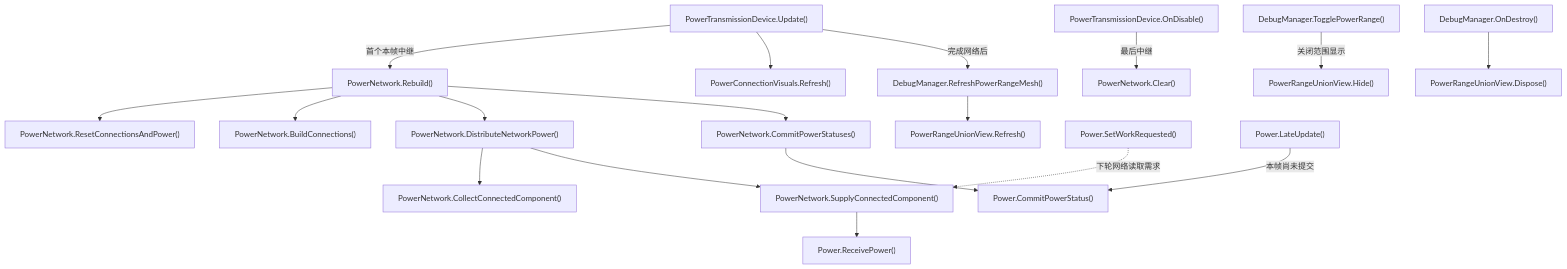
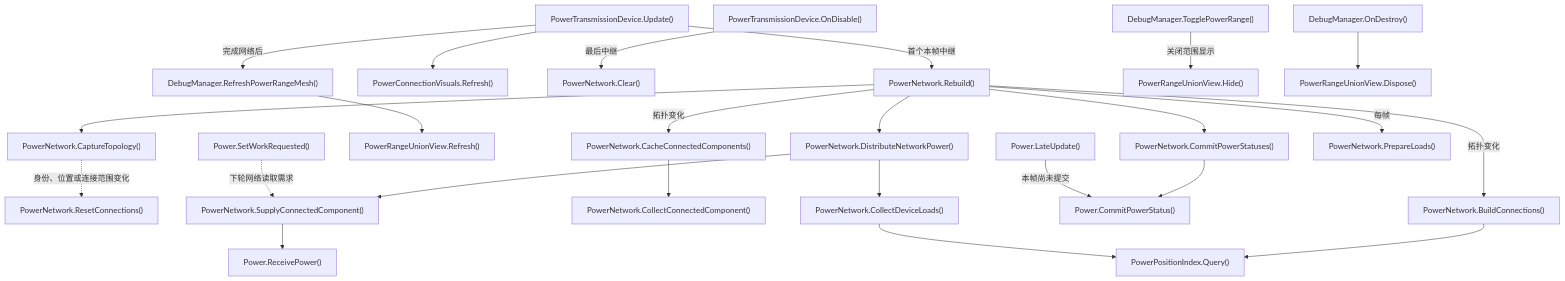
One commit to kukudia/HY-Sandbox changed the fifth of 10 diagrams in Docs/RuntimeFlow.md. Above: the diagram before and after it, drawn with Mermaid. The commit also changed other lines of this file and 31 other files, not shown here.

````diff
--- a/Docs/RuntimeFlow.md
+++ b/Docs/RuntimeFlow.md
@@ -374,62 +374,78 @@
 ```mermaid
 flowchart TD
     A["PowerTransmissionDevice.Update()"]
     click A "../Assets/Scripts/Features/Power/PowerTransmissionDevice.cs#L61" "打开源码"
     B["PowerNetwork.Rebuild()"]
-    click B "../Assets/Scripts/Features/Power/PowerNetwork.cs#L21" "打开源码"
-    C["PowerNetwork.ResetConnectionsAndPower()"]
-    click C "../Assets/Scripts/Features/Power/PowerNetwork.cs#L88" "打开源码"
+    click B "../Assets/Scripts/Features/Power/PowerNetwork.cs#L50" "打开源码"
+    C["PowerNetwork.ResetConnections()"]
+    click C "../Assets/Scripts/Features/Power/PowerNetwork.cs#L134" "打开源码"
     D["PowerNetwork.BuildConnections()"]
-    click D "../Assets/Scripts/Features/Power/PowerNetwork.cs#L108" "打开源码"
+    click D "../Assets/Scripts/Features/Power/PowerNetwork.cs#L206" "打开源码"
     E["PowerNetwork.DistributeNetworkPower()"]
-    click E "../Assets/Scripts/Features/Power/PowerNetwork.cs#L140" "打开源码"
+    click E "../Assets/Scripts/Features/Power/PowerNetwork.cs#L308" "打开源码"
     F["PowerNetwork.CollectConnectedComponent()"]
-    click F "../Assets/Scripts/Features/Power/PowerNetwork.cs#L153" "打开源码"
+    click F "../Assets/Scripts/Features/Power/PowerNetwork.cs#L331" "打开源码"
     G["PowerNetwork.SupplyConnectedComponent()"]
-    click G "../Assets/Scripts/Features/Power/PowerNetwork.cs#L200" "打开源码"
+    click G "../Assets/Scripts/Features/Power/PowerNetwork.cs#L382" "打开源码"
     H["PowerNetwork.CommitPowerStatuses()"]
-    click H "../Assets/Scripts/Features/Power/PowerNetwork.cs#L237" "打开源码"
+    click H "../Assets/Scripts/Features/Power/PowerNetwork.cs#L419" "打开源码"
     I["Power.CommitPowerStatus()"]
     click I "../Assets/Scripts/Features/Power/Power.cs#L111" "打开源码"
     J["PowerConnectionVisuals.Refresh()"]
     click J "../Assets/Scripts/Features/Power/PowerConnectionVisuals.cs#L19" "打开源码"
     K["PowerTransmissionDevice.OnDisable()"]
     click K "../Assets/Scripts/Features/Power/PowerTransmissionDevice.cs#L74" "打开源码"
     L["PowerNetwork.Clear()"]
-    click L "../Assets/Scripts/Features/Power/PowerNetwork.cs#L34" "打开源码"
+    click L "../Assets/Scripts/Features/Power/PowerNetwork.cs#L71" "打开源码"
     M["DebugManager.RefreshPowerRangeMesh()"]
     click M "../Assets/Scripts/Features/Diagnostics/DebugManager.cs#L132" "打开源码"
     N["PowerRangeUnionView.Refresh()"]
     click N "../Assets/Scripts/Features/Power/PowerRangeUnionView.cs#L36" "打开源码"
     O["DebugManager.TogglePowerRange()"]
     click O "../Assets/Scripts/Features/Diagnostics/DebugManager.cs#L74" "打开源码"
     P["PowerRangeUnionView.Hide()"]
     click P "../Assets/Scripts/Features/Power/PowerRangeUnionView.cs#L66" "打开源码"
     Q["DebugManager.OnDestroy()"]
     click Q "../Assets/Scripts/Features/Diagnostics/DebugManager.cs#L50" "打开源码"
     R["PowerRangeUnionView.Dispose()"]
     click R "../Assets/Scripts/Features/Power/PowerRangeUnionView.cs#L79" "打开源码"
     S["Power.SetWorkRequested()"]
     click S "../Assets/Scripts/Features/Power/Power.cs#L74" "打开源码"
     T["Power.ReceivePower()"]
     click T "../Assets/Scripts/Features/Power/Power.cs#L106" "打开源码"
     U["Power.LateUpdate()"]
     click U "../Assets/Scripts/Features/Power/Power.cs#L64" "打开源码"
+    V["PowerNetwork.CaptureTopology()"]
+    click V "../Assets/Scripts/Features/Power/PowerNetwork.cs#L149" "打开源码"
+    W["PowerNetwork.CacheConnectedComponents()"]
+    click W "../Assets/Scripts/Features/Power/PowerNetwork.cs#L261" "打开源码"
+    X["PowerNetwork.PrepareLoads()"]
+    click X "../Assets/Scripts/Features/Power/PowerNetwork.cs#L291" "打开源码"
+    Y["PowerNetwork.CollectDeviceLoads()"]
+    click Y "../Assets/Scripts/Features/Power/PowerNetwork.cs#L366" "打开源码"
+    Z["PowerPositionIndex.Query()"]
+    click Z "../Assets/Scripts/Features/Power/PowerPositionIndex.cs#L37" "打开源码"
     A -->|首个本帧中继| B
-    B --> C
-    B --> D
+    B --> V
+    V -.->|身份、位置或连接范围变化| C
+    B -->|拓扑变化| D
+    B -->|拓扑变化| W
+    D --> Z
+    W --> F
+    B -->|每帧| X
     B --> E
-    E --> F
+    E --> Y
+    Y --> Z
     E --> G
     S -.->|下轮网络读取需求| G
     G --> T
     B --> H
     H --> I
     U -->|本帧尚未提交| I
     A --> J
     K -->|最后中继| L
     A -->|完成网络后| M
     M --> N
     O -->|关闭范围显示| P
     Q --> R
 ```
````
